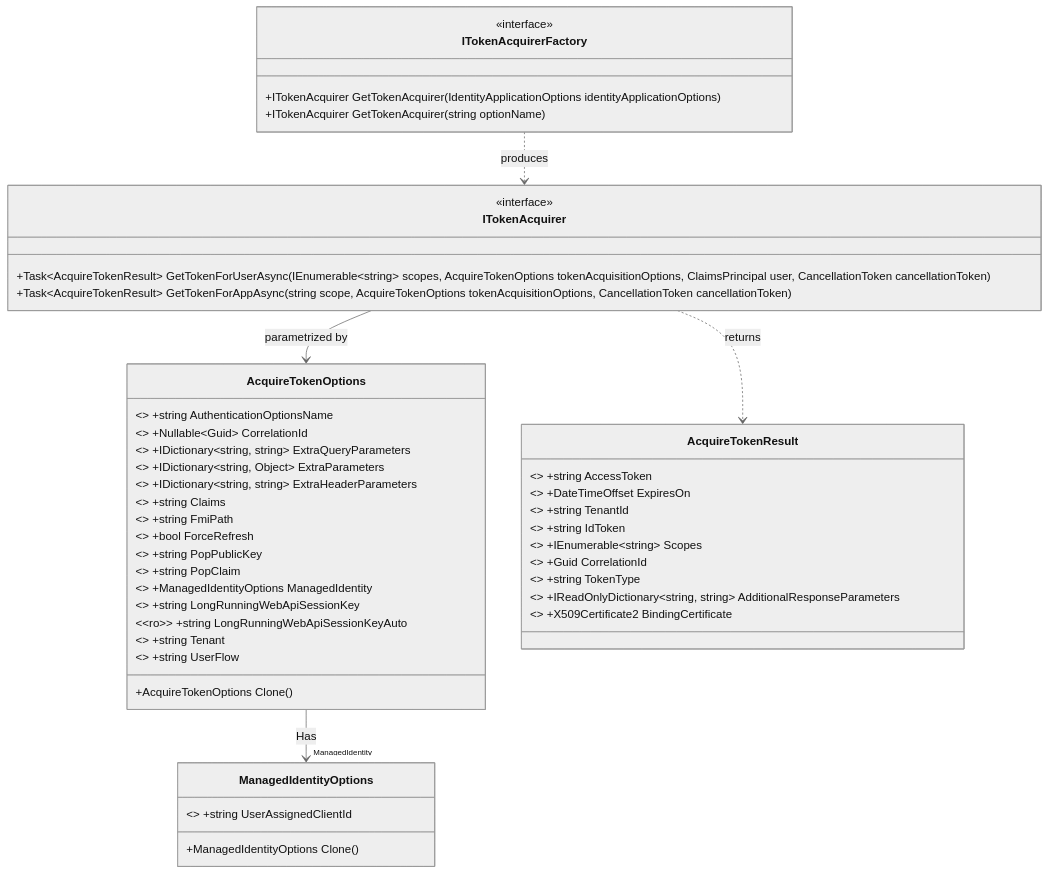
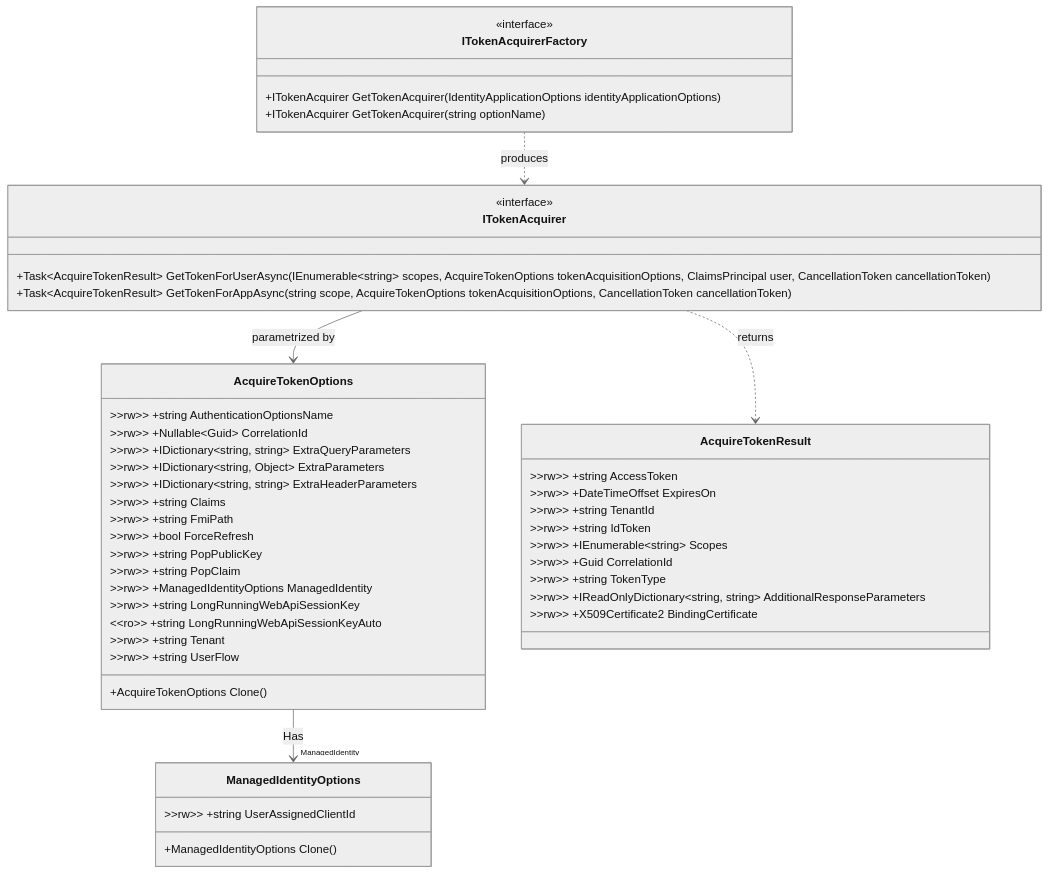
The fourth of 6 diagrams in README.md (AzureAD/microsoft-identity-abstractions-for-dotnet), drawn with Mermaid (neutral theme) before and after one commit. The commit also changed other lines of this file, not shown here.

First line of the commit message:
Fix mermaid class diagram syntax in README.md

````diff
--- a/README.md
+++ b/README.md
@@ -364,49 +364,49 @@
 ```mermaid
 classDiagram
    class AcquireTokenOptions {
     +AcquireTokenOptions Clone()
-    <<rw>> +string AuthenticationOptionsName
-    <<rw>> +Nullable&lt;Guid&gt; CorrelationId
-    <<rw>> +IDictionary&lt;string, string&gt; ExtraQueryParameters
-    <<rw>> +IDictionary&lt;string, Object&gt; ExtraParameters
-    <<rw>> +IDictionary&lt;string, string&gt; ExtraHeaderParameters
-    <<rw>> +string Claims
-    <<rw>> +string FmiPath
-    <<rw>> +bool ForceRefresh
-    <<rw>> +string PopPublicKey
-    <<rw>> +string PopClaim
-    <<rw>> +ManagedIdentityOptions ManagedIdentity
-    <<rw>> +string LongRunningWebApiSessionKey
+    &gt;&gt;rw&gt;&gt; +string AuthenticationOptionsName
+    &gt;&gt;rw&gt;&gt; +Nullable&lt;Guid&gt; CorrelationId
+    &gt;&gt;rw&gt;&gt; +IDictionary&lt;string, string&gt; ExtraQueryParameters
+    &gt;&gt;rw&gt;&gt; +IDictionary&lt;string, Object&gt; ExtraParameters
+    &gt;&gt;rw&gt;&gt; +IDictionary&lt;string, string&gt; ExtraHeaderParameters
+    &gt;&gt;rw&gt;&gt; +string Claims
+    &gt;&gt;rw&gt;&gt; +string FmiPath
+    &gt;&gt;rw&gt;&gt; +bool ForceRefresh
+    &gt;&gt;rw&gt;&gt; +string PopPublicKey
+    &gt;&gt;rw&gt;&gt; +string PopClaim
+    &gt;&gt;rw&gt;&gt; +ManagedIdentityOptions ManagedIdentity
+    &gt;&gt;rw&gt;&gt; +string LongRunningWebApiSessionKey
     &lt;&lt;ro&gt;&gt; +string LongRunningWebApiSessionKeyAuto
-    <<rw>> +string Tenant
-    <<rw>> +string UserFlow
+    &gt;&gt;rw&gt;&gt; +string Tenant
+    &gt;&gt;rw&gt;&gt; +string UserFlow
     }
     class AcquireTokenResult {
-    <<rw>> +string AccessToken
-    <<rw>> +DateTimeOffset ExpiresOn
-    <<rw>> +string TenantId
-    <<rw>> +string IdToken
-    <<rw>> +IEnumerable&lt;string&gt; Scopes
-    <<rw>> +Guid CorrelationId
-    <<rw>> +string TokenType
-    <<rw>> +IReadOnlyDictionary&lt;string, string&gt; AdditionalResponseParameters
-    <<rw>> +X509Certificate2 BindingCertificate
+    &gt;&gt;rw&gt;&gt; +string AccessToken
+    &gt;&gt;rw&gt;&gt; +DateTimeOffset ExpiresOn
+    &gt;&gt;rw&gt;&gt; +string TenantId
+    &gt;&gt;rw&gt;&gt; +string IdToken
+    &gt;&gt;rw&gt;&gt; +IEnumerable&lt;string&gt; Scopes
+    &gt;&gt;rw&gt;&gt; +Guid CorrelationId
+    &gt;&gt;rw&gt;&gt; +string TokenType
+    &gt;&gt;rw&gt;&gt; +IReadOnlyDictionary&lt;string, string&gt; AdditionalResponseParameters
+    &gt;&gt;rw&gt;&gt; +X509Certificate2 BindingCertificate
     }
     class ITokenAcquirer { <<interface>>
     +Task&lt;AcquireTokenResult&gt; GetTokenForUserAsync(IEnumerable&lt;string&gt; scopes, AcquireTokenOptions tokenAcquisitionOptions, ClaimsPrincipal user, CancellationToken cancellationToken)
     +Task&lt;AcquireTokenResult&gt; GetTokenForAppAsync(string scope, AcquireTokenOptions tokenAcquisitionOptions, CancellationToken cancellationToken)
     }
     class ITokenAcquirerFactory { <<interface>>
     +ITokenAcquirer GetTokenAcquirer(IdentityApplicationOptions identityApplicationOptions)
     +ITokenAcquirer GetTokenAcquirer(string optionName)
     }
     class ManagedIdentityOptions {
     +ManagedIdentityOptions Clone()
-    <<rw>> +string UserAssignedClientId
+    &gt;&gt;rw&gt;&gt; +string UserAssignedClientId
     }
 
    ITokenAcquirerFactory ..> ITokenAcquirer : produces
    ITokenAcquirer -->  AcquireTokenOptions : parametrized by
    AcquireTokenOptions --> "ManagedIdentity" ManagedIdentityOptions : Has
    ITokenAcquirer ..>  AcquireTokenResult : returns
 ```
````
